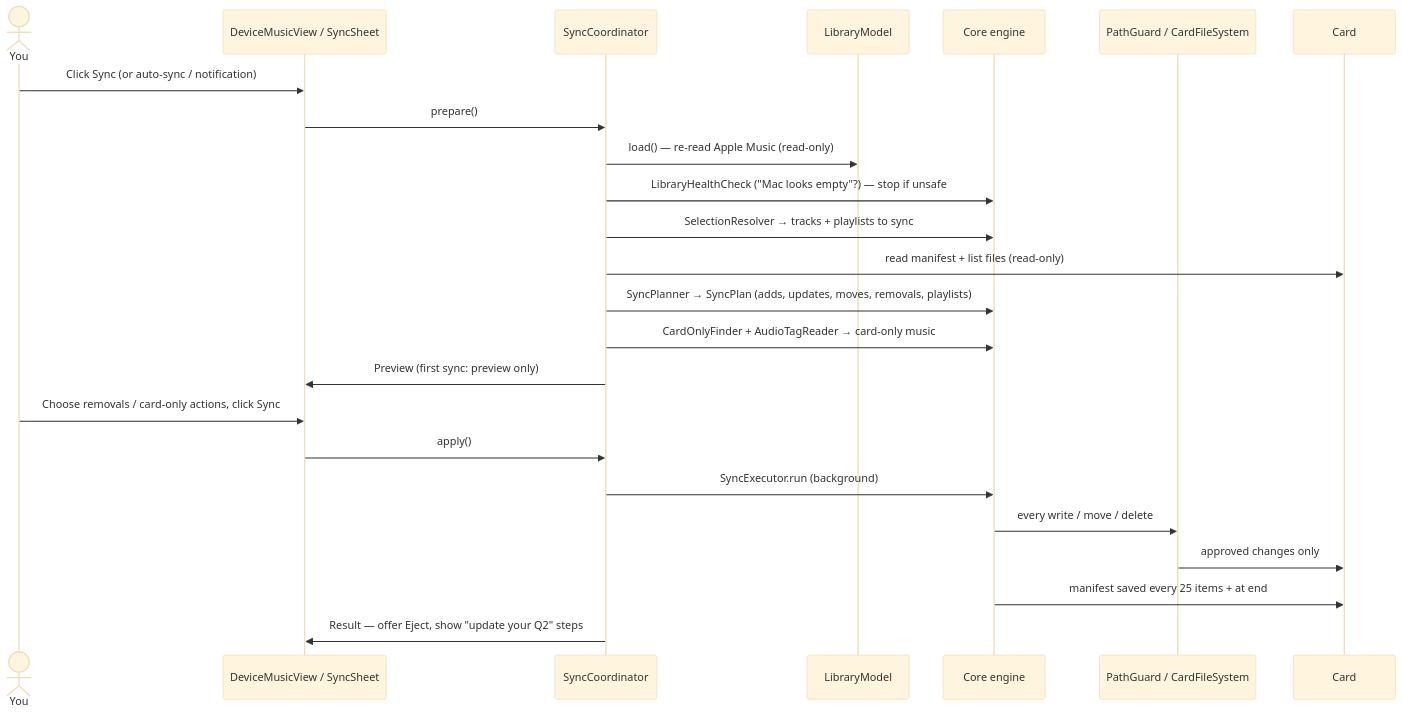
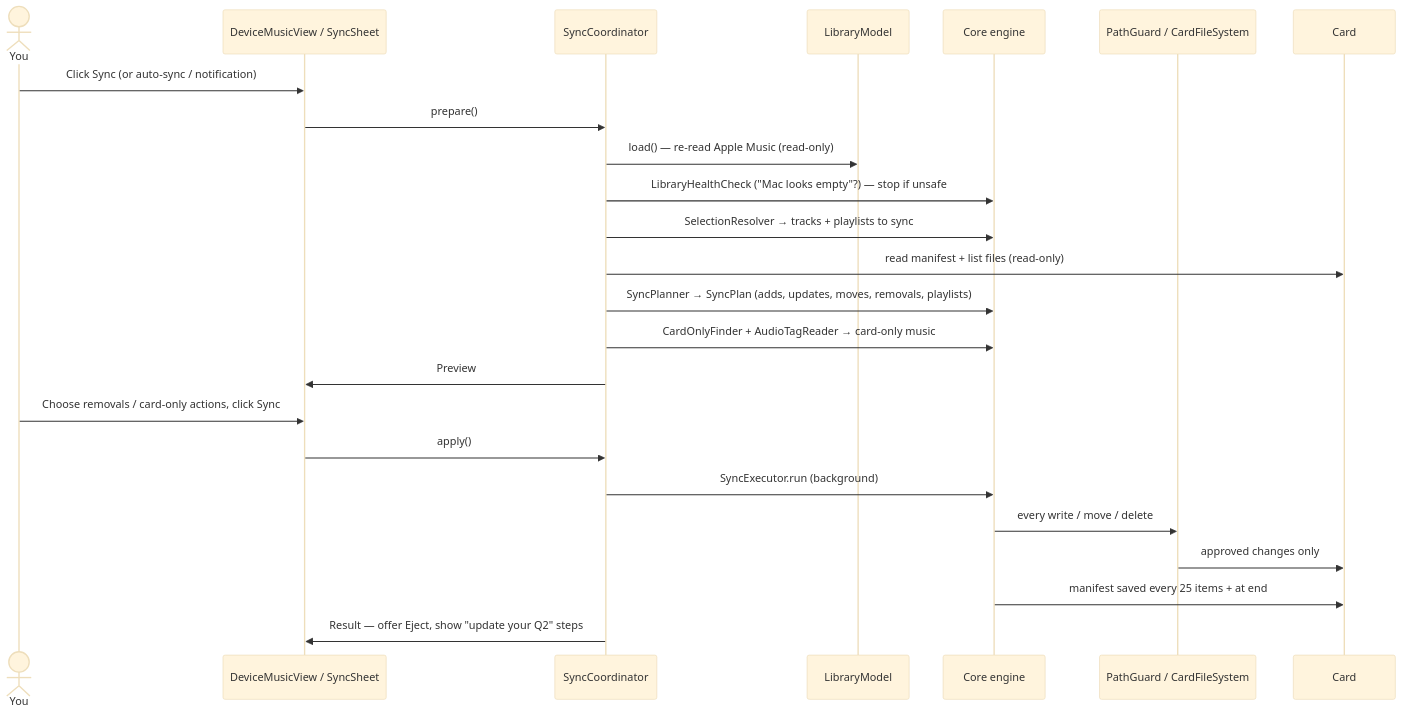
The second of 2 diagrams in docs/CODE_GUIDE.md (PaleoLabs/Q2-Sync), drawn with Mermaid (base theme) before and after one commit. The commit also changed other lines of this file and 19 other files, not shown here.

````diff
--- a/docs/CODE_GUIDE.md
+++ b/docs/CODE_GUIDE.md
@@ -111,27 +111,27 @@
 ```mermaid
 sequenceDiagram
     actor You
     participant UI as DeviceMusicView / SyncSheet
     participant C as SyncCoordinator
     participant L as LibraryModel
     participant E as Core engine
     participant G as PathGuard / CardFileSystem
     participant Card
 
     You->>UI: Click Sync (or auto-sync / notification)
     UI->>C: prepare()
     C->>L: load() — re-read Apple Music (read-only)
     C->>E: LibraryHealthCheck ("Mac looks empty"?) — stop if unsafe
     C->>E: SelectionResolver → tracks + playlists to sync
     C->>Card: read manifest + list files (read-only)
     C->>E: SyncPlanner → SyncPlan (adds, updates, moves, removals, playlists)
     C->>E: CardOnlyFinder + AudioTagReader → card-only music
-    C->>UI: Preview (first sync: preview only)
+    C->>UI: Preview
     You->>UI: Choose removals / card-only actions, click Sync
     UI->>C: apply()
     C->>E: SyncExecutor.run (background)
     E->>G: every write / move / delete
     G->>Card: approved changes only
     E->>Card: manifest saved every 25 items + at end
     C->>UI: Result — offer Eject, show "update your Q2" steps
 ```
````
